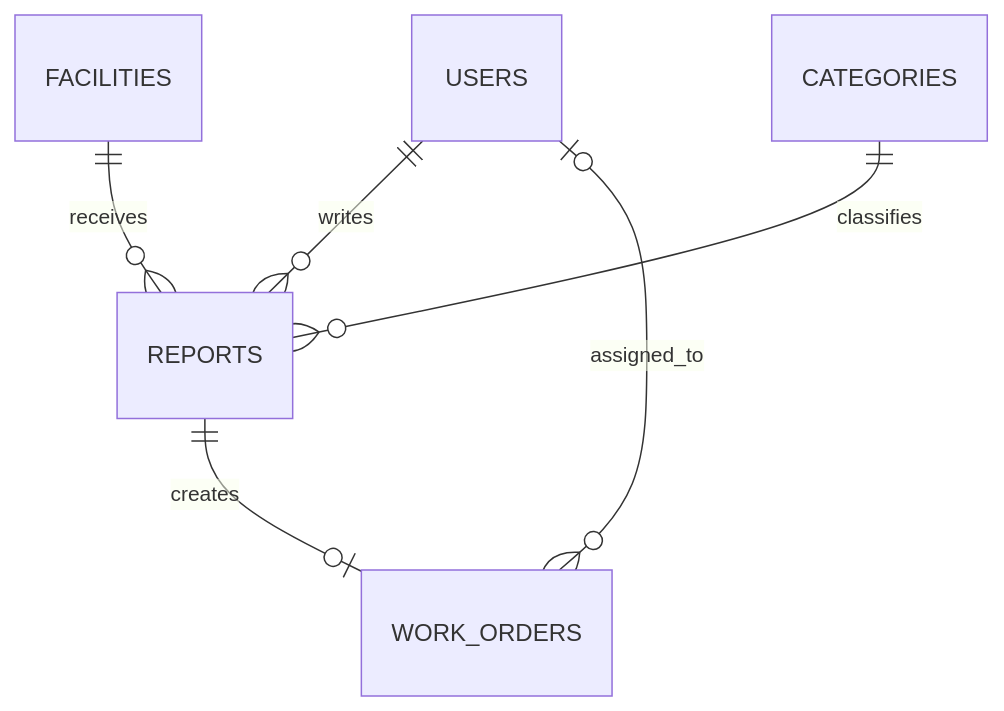
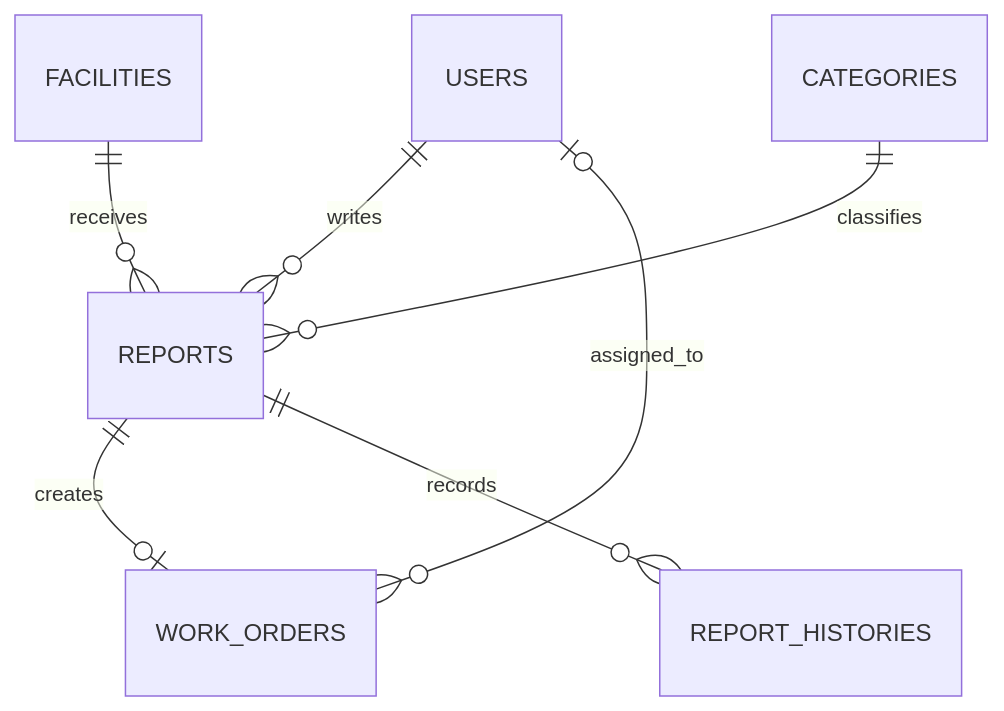
Before and after one commit to changjun-1/FixOn: the diagram in docs/ERD.md, drawn with Mermaid. The commit also changed other lines of this file and 96 other files, not shown here.

````diff
--- a/docs/ERD.md
+++ b/docs/ERD.md
@@ -7,8 +7,9 @@
 ```mermaid
 erDiagram
     USERS ||--o{ REPORTS : writes
     FACILITIES ||--o{ REPORTS : receives
     CATEGORIES ||--o{ REPORTS : classifies
     REPORTS ||--o| WORK_ORDERS : creates
+    REPORTS ||--o{ REPORT_HISTORIES : records
     USERS o|--o{ WORK_ORDERS : assigned_to
 ```
````
